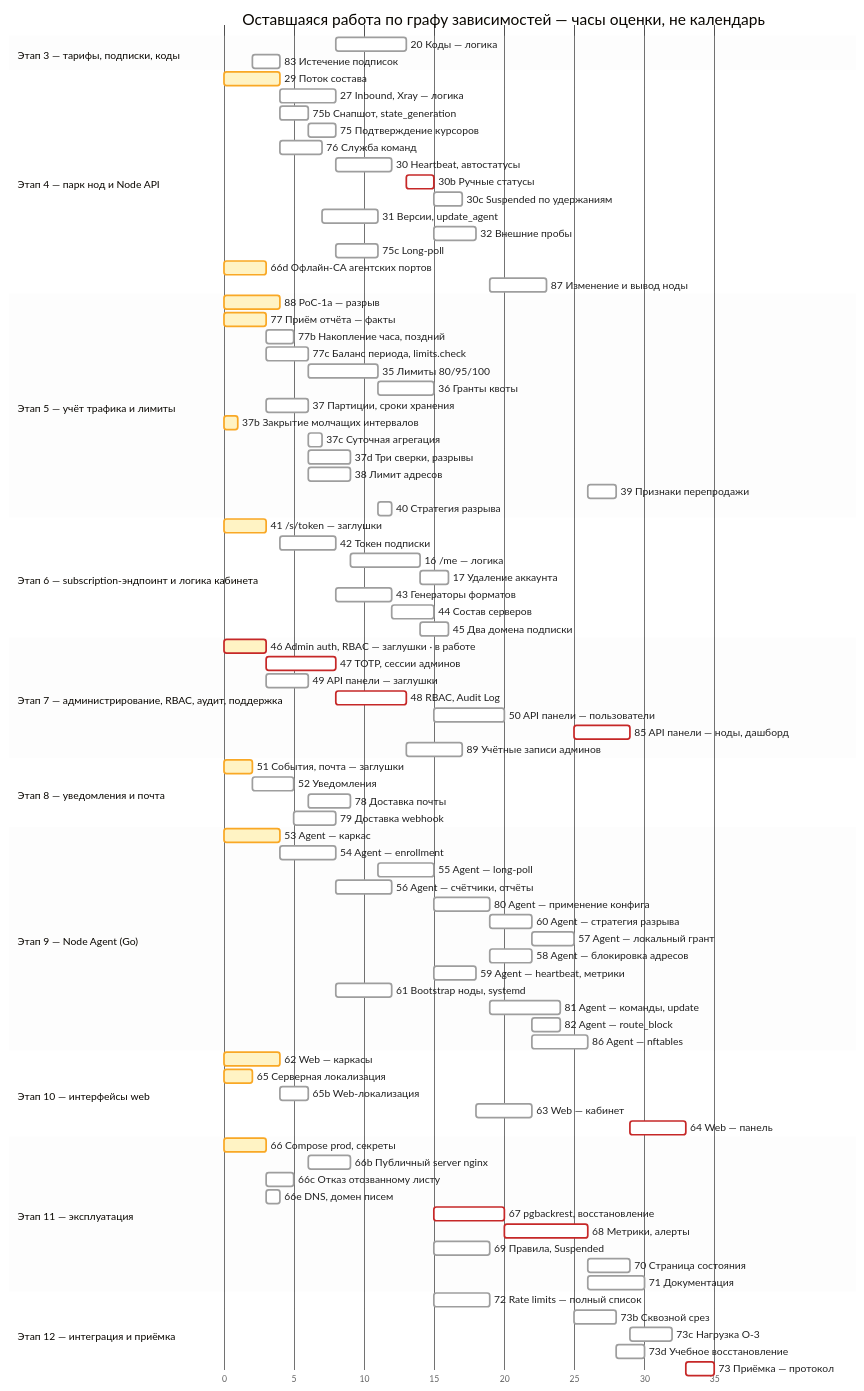
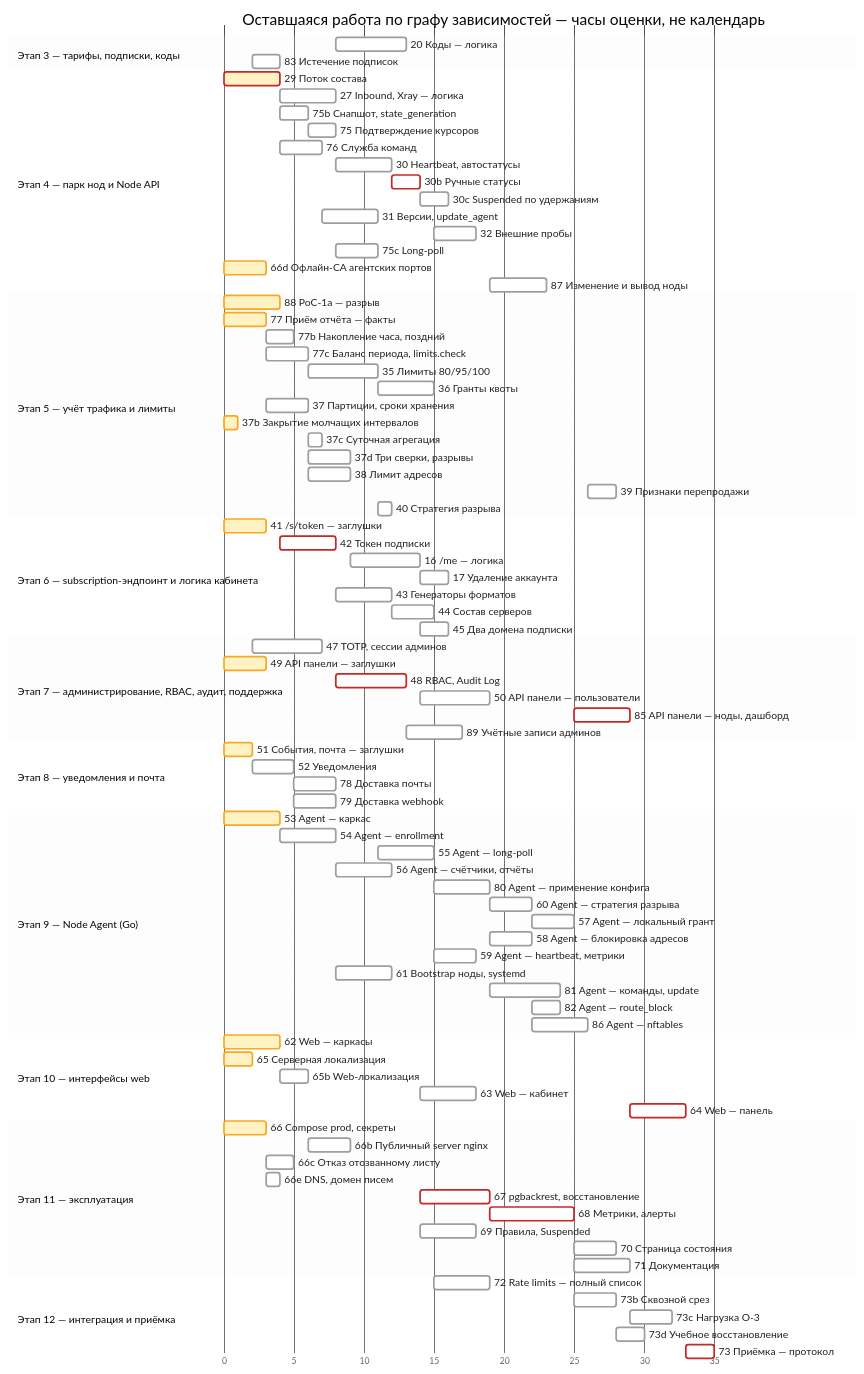
Before and after one commit to MatrixFounder/vpn-distribution-system: the diagram in docs/PLAN.md, drawn with Mermaid. The commit also changed other lines of this file, not shown here.

Commit message:
PLAN: 001.46 принята (коммит e109151)

```diff
--- a/docs/PLAN.md
+++ b/docs/PLAN.md
@@ -127,10 +129,10 @@
   dateFormat x
   todayMarker off
   section Этап 3 — тарифы, подписки, коды
-    20 Коды — логика :t20, after t51 t46 t42 t29, 5ms
+    20 Коды — логика :t20, after t51 t42 t29, 5ms
     83 Истечение подписок :t83, after t51, 2ms
   section Этап 4 — парк нод и Node API
-    29 Поток состава :active, t29, 0, 4ms
+    29 Поток состава :active, crit, t29, 0, 4ms
     27 Inbound, Xray — логика :t27, after t29 t51, 4ms
     75b Снапшот, state_generation :t75b, after t29, 2ms
     75 Подтверждение курсоров :t75, after t29 t75b, 2ms
@@ -159,17 +161,16 @@
     40 Стратегия разрыва :t40, after t35 t31 t88, 1ms
   section Этап 6 — subscription-эндпоинт и логика кабинета
     41 /s/token — заглушки :active, t41, 0, 3ms
-    42 Токен подписки :t42, after t41 t29 t46, 4ms
-    16 /me — логика :t16, after t42 t38 t46 t65 t77b t77c t51, 5ms
-    17 Удаление аккаунта :t17, after t16 t29 t78 t46, 2ms
+    42 Токен подписки :crit, t42, after t41 t29, 4ms
+    16 /me — логика :t16, after t42 t38 t65 t77b t77c t51, 5ms
+    17 Удаление аккаунта :t17, after t16 t29 t78, 2ms
     43 Генераторы форматов :t43, after t41 t27, 4ms
     44 Состав серверов :t44, after t43 t30, 3ms
     45 Два домена подписки :t45, after t42 t16 t65 t66, 2ms
   section Этап 7 — администрирование, RBAC, аудит, поддержка
-    46 Admin auth, RBAC — заглушки · в работе :active, crit, t46, 0, 3ms
-    47 TOTP, сессии админов :crit, t47, after t46 t51, 5ms
-    49 API панели — заглушки :t49, after t46, 3ms
-    48 RBAC, Audit Log :crit, t48, after t46 t47 t42 t49, 5ms
+    47 TOTP, сессии админов :t47, after t51, 5ms
+    49 API панели — заглушки :active, t49, 0, 3ms
+    48 RBAC, Audit Log :crit, t48, after t47 t42 t49, 5ms
     50 API панели — пользователи :t50, after t48 t49 t51 t30b t77b t20 t16, 5ms
     85 API панели — ноды, дашборд :crit, t85, after t49 t48 t30 t68, 4ms
     89 Учётные записи админов :t89, after t47 t48 t49, 4ms
```
